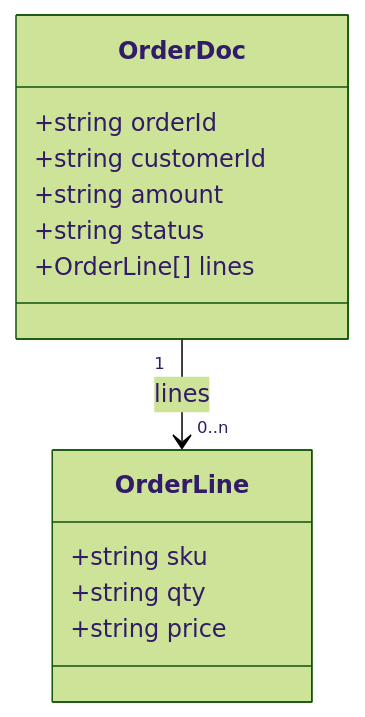
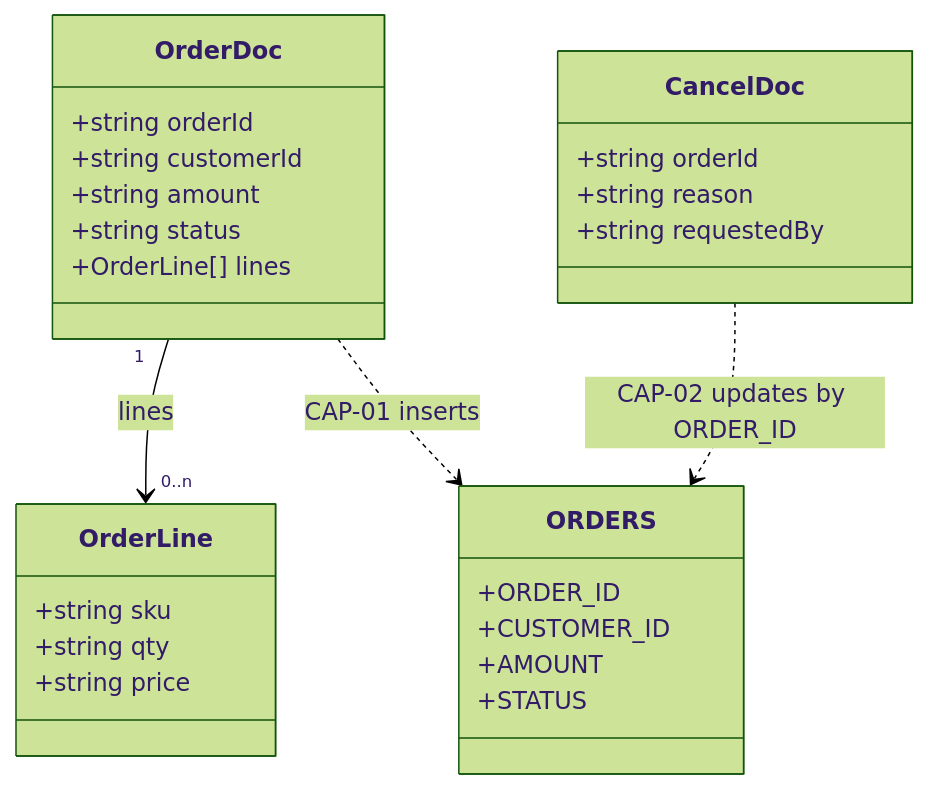
One commit to sgoskula/webmethodskill changed diagram 12 of 12 in docs/FSD.md. Above: the diagram before and after it, drawn with Mermaid (forest theme). The commit also changed other lines of this file and 49 other files, not shown here.

First line of the commit message:
Produce one overall FSD with existing architecture for multi-flow apps

````diff
--- a/docs/FSD.md
+++ b/docs/FSD.md
@@ -256,16 +753,29 @@
 ```mermaid
 classDiagram
     class OrderDoc {
         +string orderId
         +string customerId
         +string amount
         +string status
         +OrderLine[] lines
     }
     class OrderLine {
         +string sku
         +string qty
         +string price
     }
+    class CancelDoc {
+        +string orderId
+        +string reason
+        +string requestedBy
+    }
+    class ORDERS {
+        +ORDER_ID
+        +CUSTOMER_ID
+        +AMOUNT
+        +STATUS
+    }
     OrderDoc "1" --> "0..n" OrderLine : lines
+    OrderDoc ..> ORDERS : CAP-01 inserts
+    CancelDoc ..> ORDERS : CAP-02 updates by ORDER_ID
 ```
````
